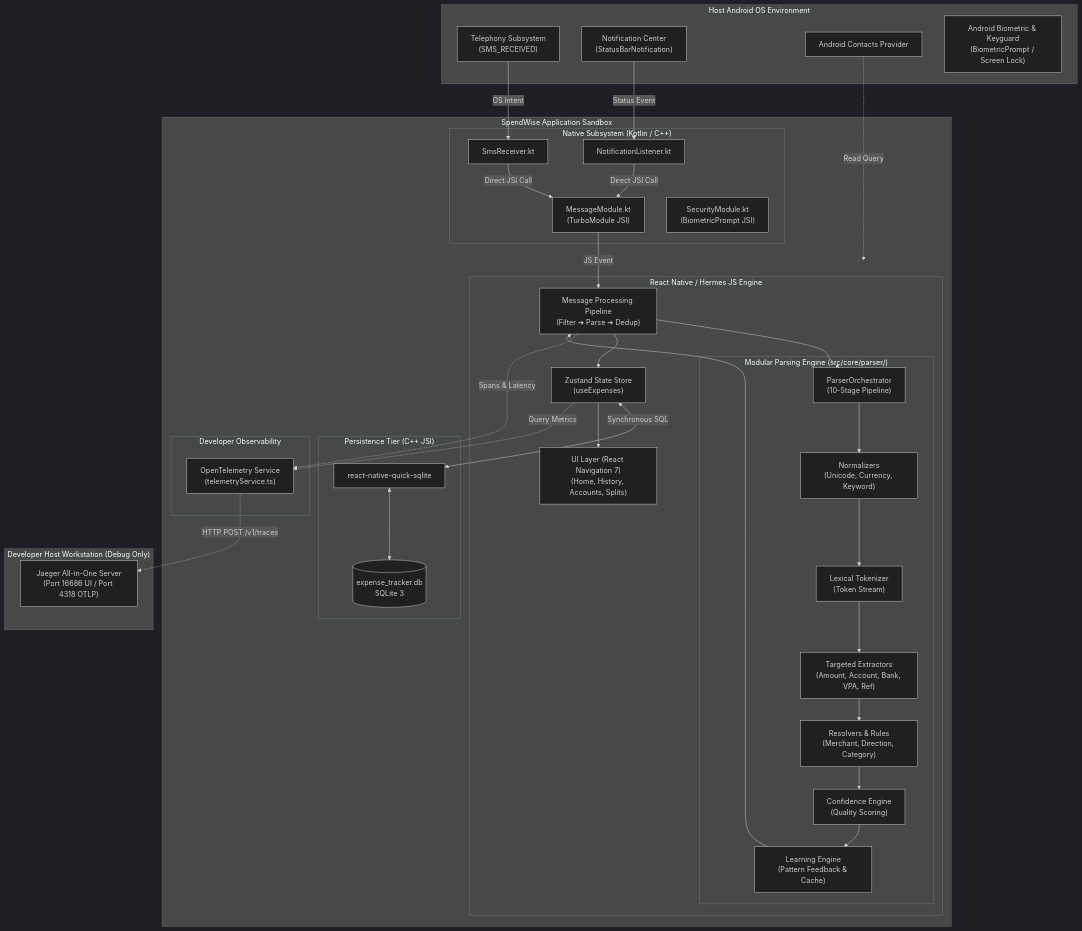
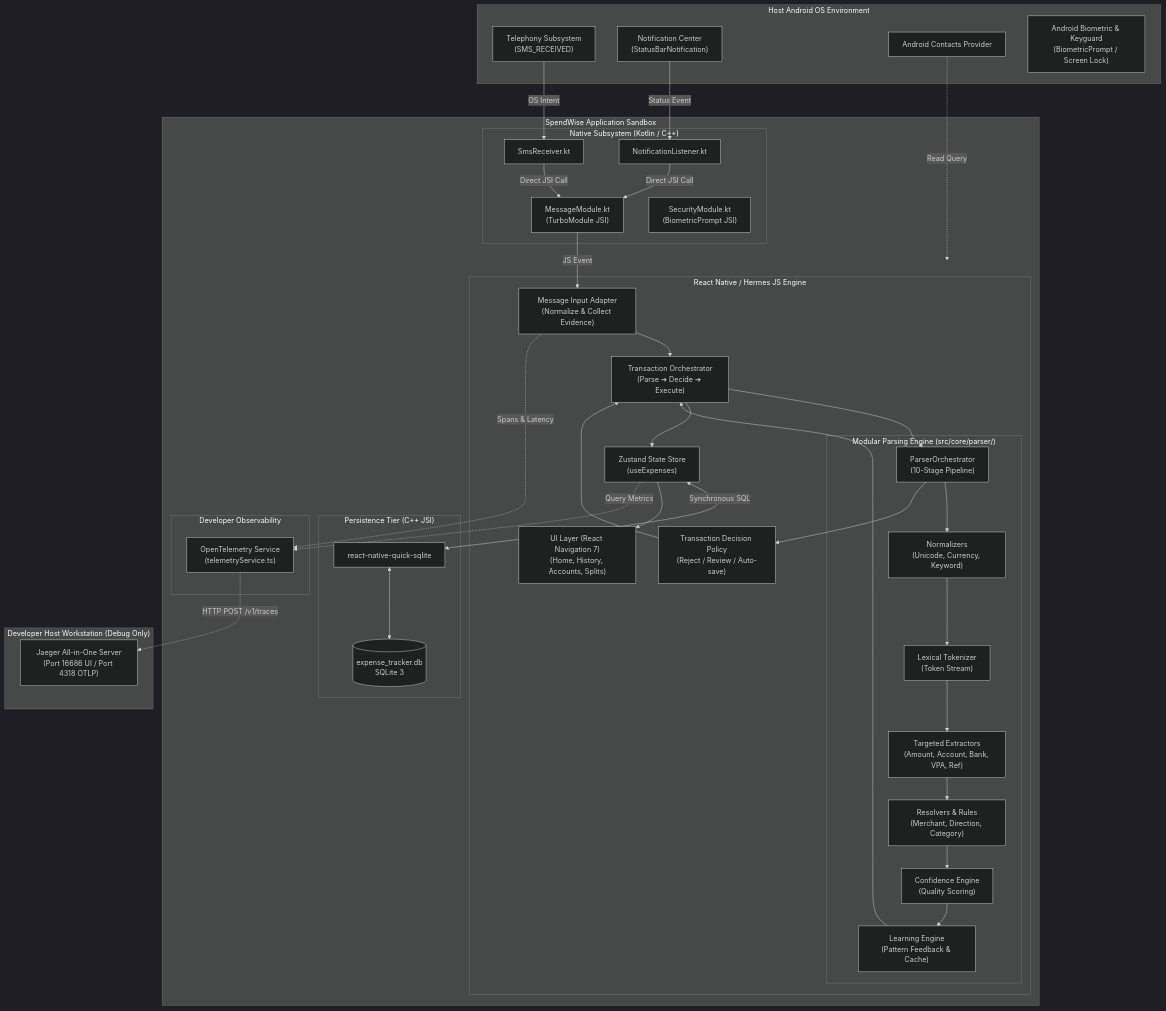
The first of 4 diagrams in docs/ARCHITECTURE.md (GangSagar/expenses-tracker-app), drawn with Mermaid (dark theme) before and after one commit. The commit also changed other lines of this file and 23 other files, not shown here.

Commit message:
refactor phase_v2: modularize transaction decision policy and modernize expense orchestration pipeline

````diff
--- a/docs/ARCHITECTURE.md
+++ b/docs/ARCHITECTURE.md
@@ -20,72 +20,77 @@
 ```mermaid
 graph TB
     subgraph External["Host Android OS Environment"]
         SMS["Telephony Subsystem\n(SMS_RECEIVED)"]
         NOTIF["Notification Center\n(StatusBarNotification)"]
         CONTACTS["Android Contacts Provider"]
         BIOMETRIC["Android Biometric & Keyguard\n(BiometricPrompt / Screen Lock)"]
     end
 
     subgraph AppContainer["SpendWise Application Sandbox"]
         subgraph NativeLayer["Native Subsystem (Kotlin / C++)"]
             SmsReceiver["SmsReceiver.kt"]
             NotifListener["NotificationListener.kt"]
             MessageBridge["MessageModule.kt\n(TurboModule JSI)"]
             SecurityBridge["SecurityModule.kt\n(BiometricPrompt JSI)"]
         end
 
         subgraph CoreEngine["React Native / Hermes JS Engine"]
             subgraph ParsingEngine["Modular Parsing Engine (src/core/parser/)"]
                 Orchestrator["ParserOrchestrator\n(10-Stage Pipeline)"]
                 Norm["Normalizers\n(Unicode, Currency, Keyword)"]
                 Token["Lexical Tokenizer\n(Token Stream)"]
                 Extract["Targeted Extractors\n(Amount, Account, Bank, VPA, Ref)"]
                 Resolve["Resolvers & Rules\n(Merchant, Direction, Category)"]
                 Conf["Confidence Engine\n(Quality Scoring)"]
                 Learn["Learning Engine\n(Pattern Feedback & Cache)"]
             end
-            Pipeline["Message Processing Pipeline\n(Filter ➔ Parse ➔ Dedup)"]
+            Pipeline["Message Input Adapter\n(Normalize & Collect Evidence)"]
+            TxnOrchestrator["Transaction Orchestrator\n(Parse ➔ Decide ➔ Execute)"]
+            DecisionPolicy["Transaction Decision Policy\n(Reject / Review / Auto-save)"]
             Store["Zustand State Store\n(useExpenses)"]
             UI["UI Layer (React Navigation 7)\n(Home, History, Accounts, Splits)"]
         end
 
         subgraph StorageSubsystem["Persistence Tier (C++ JSI)"]
             QuickSQLite["react-native-quick-sqlite"]
             DB[(expense_tracker.db\nSQLite 3)]
         end
 
         subgraph ObservabilitySubsystem["Developer Observability"]
             OTel["OpenTelemetry Service\n(telemetryService.ts)"]
         end
     end
 
     subgraph DevMachine["Developer Host Workstation (Debug Only)"]
         Jaeger["Jaeger All-in-One Server\n(Port 16686 UI / Port 4318 OTLP)"]
     end
 
     SMS -->|OS Intent| SmsReceiver
     NOTIF -->|Status Event| NotifListener
     CONTACTS -.->|Read Query| CoreEngine
 
     SmsReceiver -->|Direct JSI Call| MessageBridge
     NotifListener -->|Direct JSI Call| MessageBridge
     MessageBridge -->|JS Event| Pipeline
 
-    Pipeline --> Orchestrator
+    Pipeline --> TxnOrchestrator
+    TxnOrchestrator --> Orchestrator
     Orchestrator --> Norm
     Norm --> Token
     Token --> Extract
     Extract --> Resolve
     Resolve --> Conf
     Conf --> Learn
-    Learn --> Pipeline
+    Learn --> TxnOrchestrator
+    Orchestrator --> DecisionPolicy
+    DecisionPolicy --> TxnOrchestrator
 
-    Pipeline --> Store
+    TxnOrchestrator --> Store
     Store <-->|Synchronous SQL| QuickSQLite
     QuickSQLite <--> DB
     Store --> UI
 
     Pipeline -.->|Spans & Latency| OTel
     Store -.->|Query Metrics| OTel
     OTel -.->|HTTP POST /v1/traces| Jaeger
 ```
````
